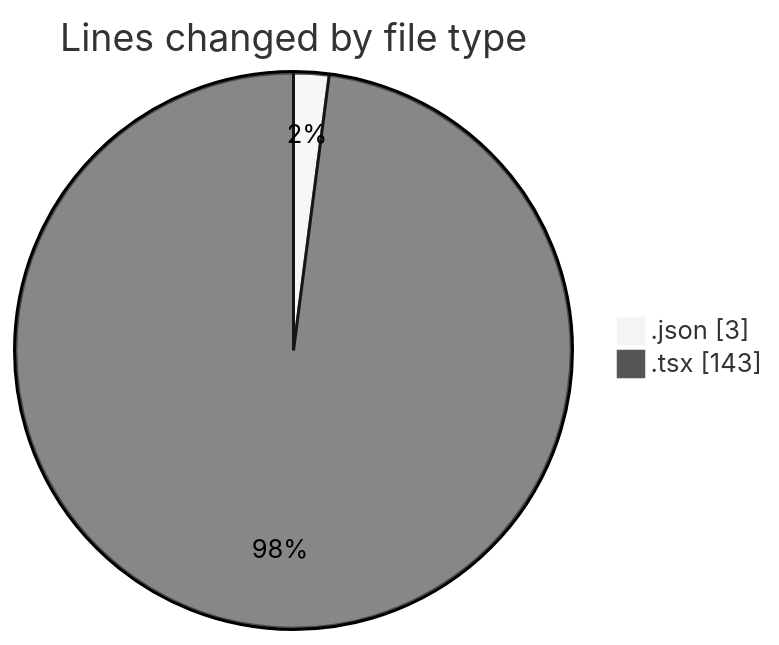
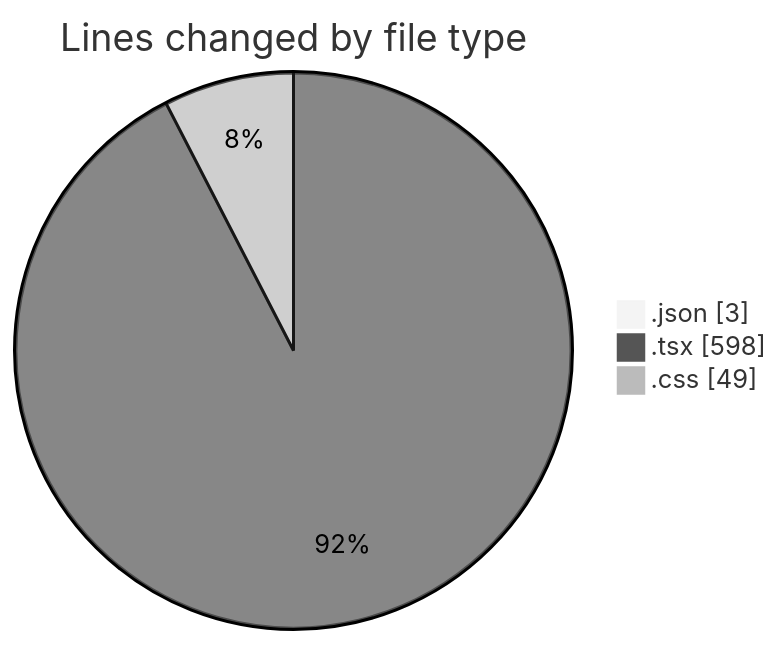
The first of 2 diagrams in 2025-04-23/invest/README.md (Elitesun/code-tracking), drawn with Mermaid (neutral theme) before and after one commit. The commit also changed other lines of this file and 1 other file, not shown here.

````diff
--- a/2025-04-23/invest/README.md
+++ b/2025-04-23/invest/README.md
@@ -24,6 +30,7 @@
 ```mermaid
 pie showData
 title Lines changed by file type
 ".json" : 3
-".tsx" : 143
+".tsx" : 598
+".css" : 49
 ```
````
